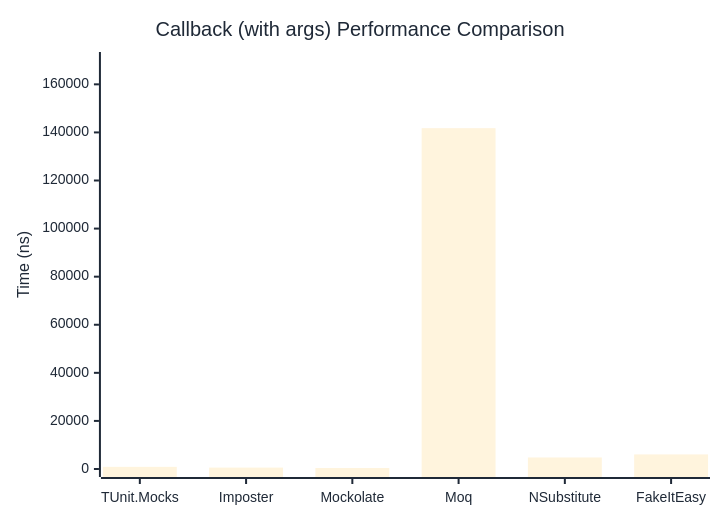
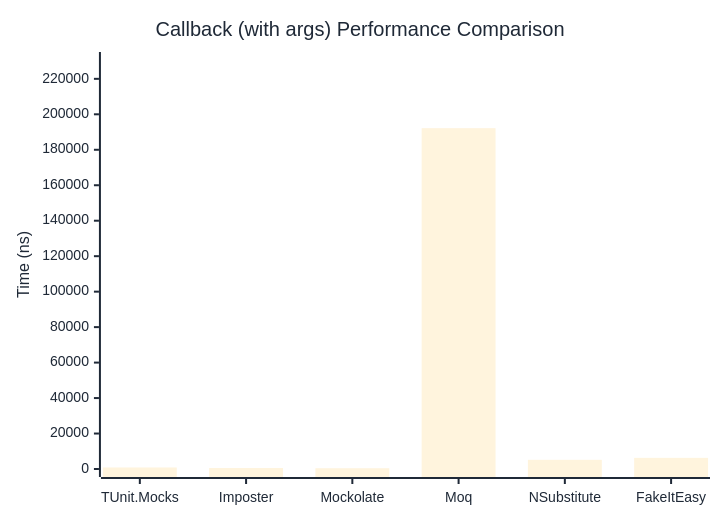
One commit to thomhurst/TUnit changed the second of 2 diagrams in docs/docs/benchmarks/mocks/Callback.md. Above: the diagram before and after it, drawn with Mermaid. The commit also changed other lines of this file and 14 other files, not shown here.

````diff
--- a/docs/docs/benchmarks/mocks/Callback.md
+++ b/docs/docs/benchmarks/mocks/Callback.md
@@ -71,27 +71,27 @@
 ```mermaid
 %%{init: {
   'theme':'base',
   'themeVariables': {
     'primaryColor': '#2563eb',
     'primaryTextColor': '#1f2937',
     'primaryBorderColor': '#1e40af',
     'lineColor': '#6b7280',
     'secondaryColor': '#7c3aed',
     'tertiaryColor': '#dc2626',
     'background': '#ffffff',
     'pie1': '#2563eb',
     'pie2': '#7c3aed',
     'pie3': '#dc2626',
     'pie4': '#f59e0b',
     'pie5': '#10b981',
     'pie6': '#06b6d4',
     'pie7': '#ec4899',
     'pie8': '#6366f1'
   }
 }}%%
 xychart-beta
   title "Callback (with args) Performance Comparison"
   x-axis ["TUnit.Mocks", "Imposter", "Mockolate", "Moq", "NSubstitute", "FakeItEasy"]
-  y-axis "Time (ns)" 0 --> 170123
-  bar [893.4, 586.8, 421.3, 141768.9, 4794.5, 6067.5]
+  y-axis "Time (ns)" 0 --> 230618
+  bar [859.9, 569.1, 438.6, 192181.4, 5170.2, 6293.7]
 ```
````
